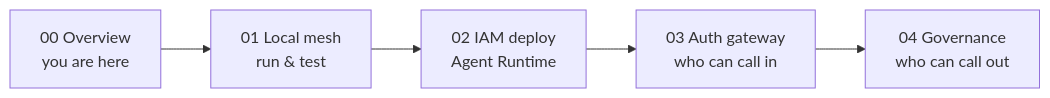
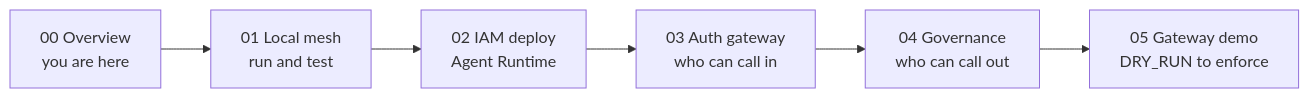
Before and after one commit to yu-iskw/agent-cli-demo: the second of 6 diagrams in docs/guides/00-overview.md, drawn with Mermaid. The commit also changed other lines of this file and 22 other files, not shown here.

First line of the commit message:
feat(mesh): SequentialAgent A2A pipeline, gateway demo, and test fixes

````diff
--- a/docs/guides/00-overview.md
+++ b/docs/guides/00-overview.md
@@ -63,10 +76,11 @@
 ```mermaid
 flowchart LR
   G0["00 Overview<br/>you are here"]
-  G1["01 Local mesh<br/>run & test"]
+  G1["01 Local mesh<br/>run and test"]
   G2["02 IAM deploy<br/>Agent Runtime"]
   G3["03 Auth gateway<br/>who can call in"]
   G4["04 Governance<br/>who can call out"]
+  G5["05 Gateway demo<br/>DRY_RUN to enforce"]
 
-  G0 --> G1 --> G2 --> G3 --> G4
+  G0 --> G1 --> G2 --> G3 --> G4 --> G5
 ```
````
